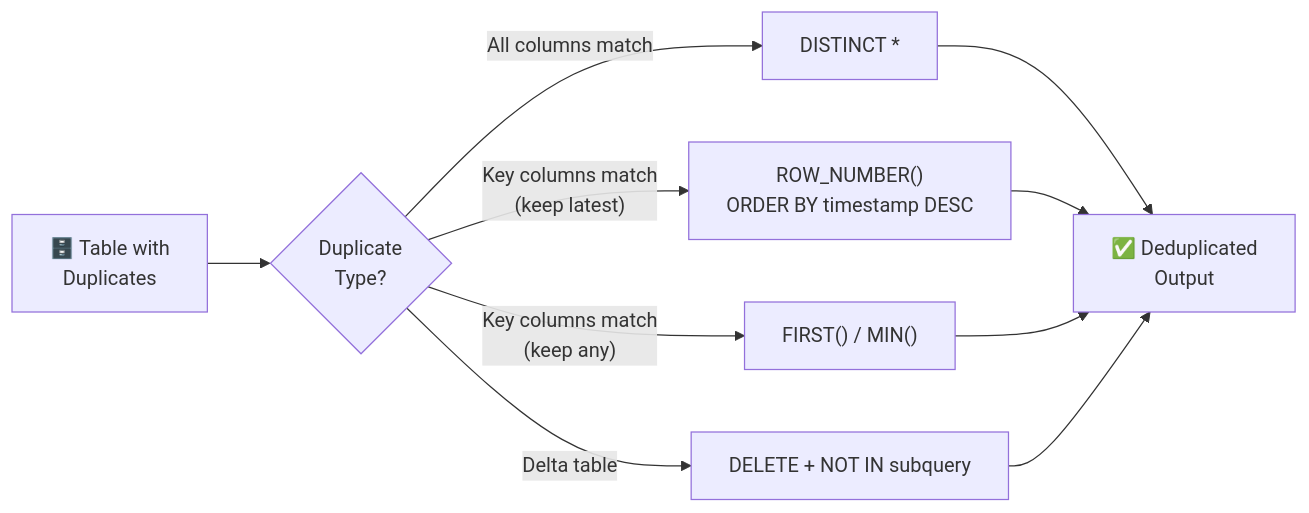
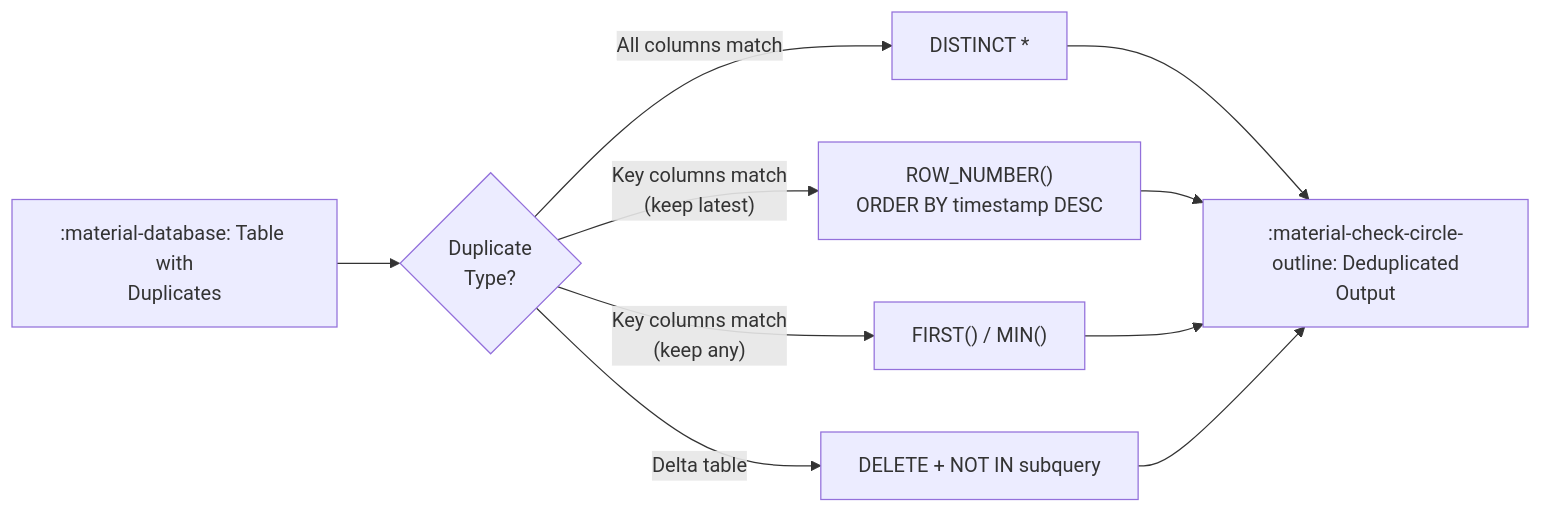
One commit to mahfooziiitian/spark-batch changed the diagram in spark-sql/docs/application/duplicate/removal.md. Above: the diagram before and after it, drawn with Mermaid. The commit also changed other lines of this file and 312 other files, not shown here.

````diff
--- a/spark-sql/docs/application/duplicate/removal.md
+++ b/spark-sql/docs/application/duplicate/removal.md
@@ -11,12 +11,12 @@
 ```mermaid
 graph LR
-    DUP["🗄️ Table with\nDuplicates"] --> Q{"Duplicate\nType?"}
+    DUP[":material-database:️ Table with\nDuplicates"] --> Q{"Duplicate\nType?"}
     Q -->|"All columns match"| DIST["DISTINCT *"]
     Q -->|"Key columns match\n(keep latest)"| RN["ROW_NUMBER()\nORDER BY timestamp DESC"]
     Q -->|"Key columns match\n(keep any)"| FIRST["FIRST() / MIN()"]
     Q -->|"Delta table"| DEL["DELETE + NOT IN subquery"]
-    DIST --> OUT["✅ Deduplicated\nOutput"]
+    DIST --> OUT[":material-check-circle-outline: Deduplicated\nOutput"]
     RN --> OUT
     FIRST --> OUT
     DEL --> OUT
 ```
````
